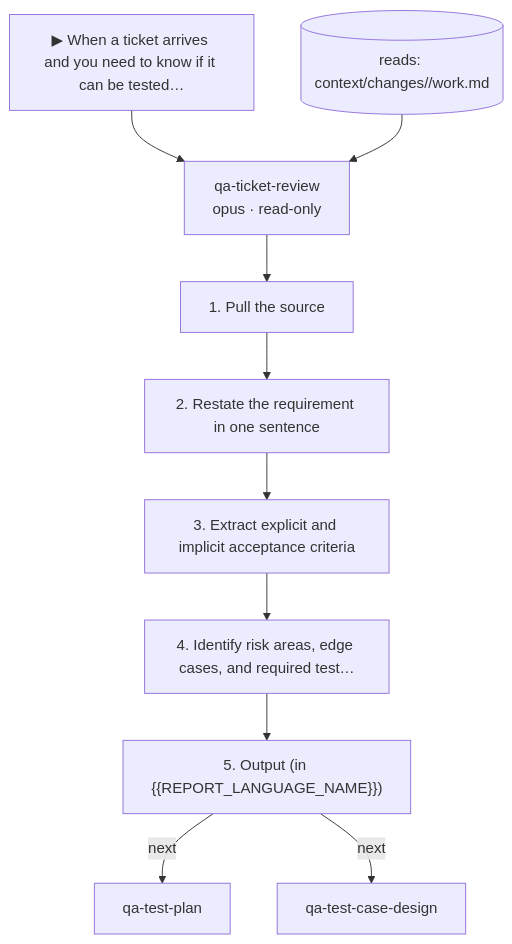
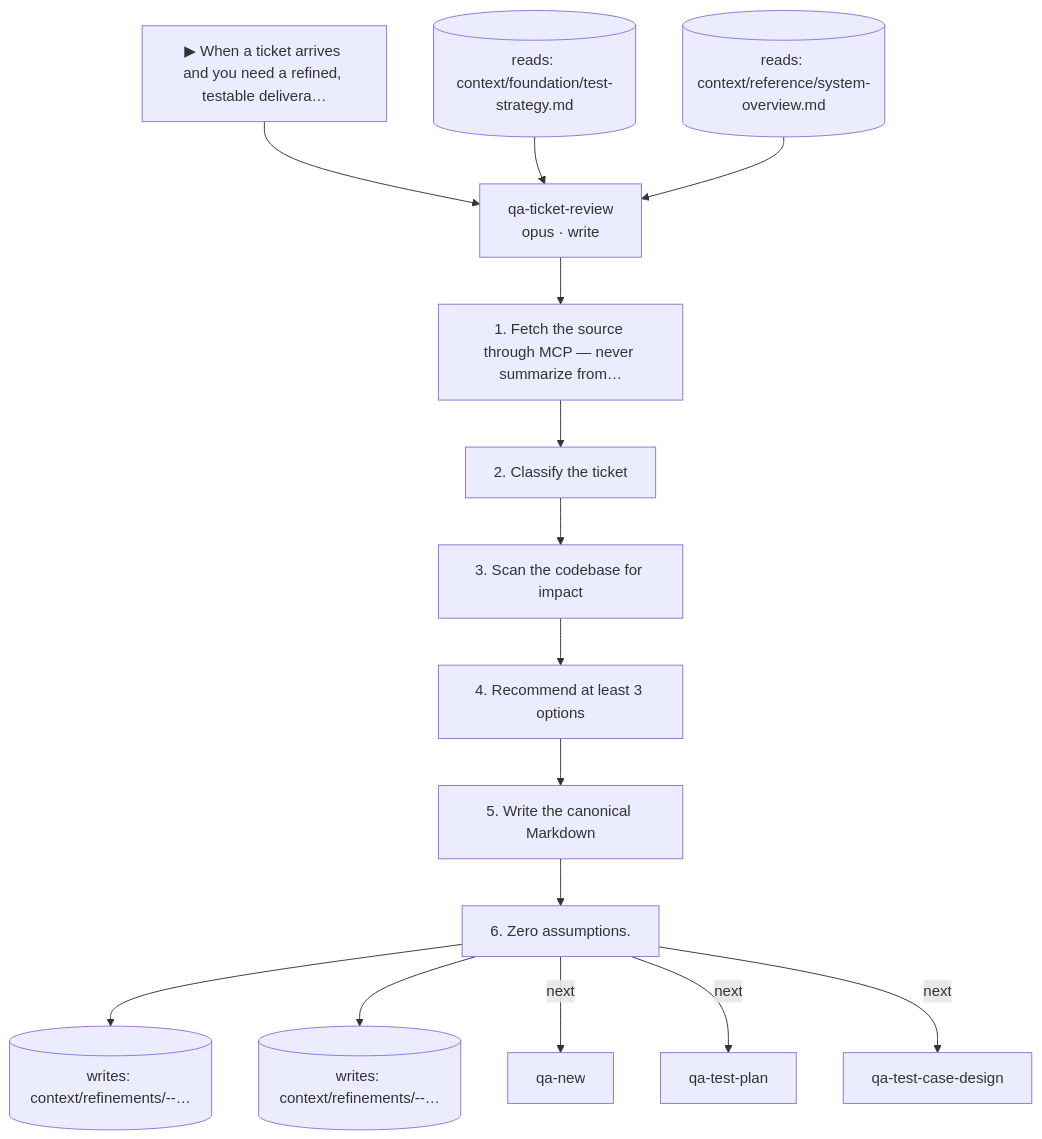
One commit to Assamir/ai-process-orchestration changed diagram 11 of 25 in docs/skill-catalog.md. Above: the diagram before and after it, drawn with Mermaid. The commit also changed other lines of this file and 20 other files, not shown here.

````diff
--- a/docs/skill-catalog.md
+++ b/docs/skill-catalog.md
@@ -368,20 +369,29 @@
 ```mermaid
 flowchart TD
-  trig["▶ When a ticket arrives and you need to know if it can be tested…"]
-  qa_ticket_review["qa-ticket-review<br/>opus · read-only"]
+  trig["▶ When a ticket arrives and you need a refined, testable delivera…"]
+  qa_ticket_review["qa-ticket-review<br/>opus · write"]
   trig --> qa_ticket_review
-  r0[("reads: context/changes/<work-id>/work.md")]
+  r0[("reads: context/foundation/test-strategy.md")]
   r0 --> qa_ticket_review
-  s0["1. Pull the source"]
+  r1[("reads: context/reference/system-overview.md")]
+  r1 --> qa_ticket_review
+  s0["1. Fetch the source through MCP — never summarize from…"]
   qa_ticket_review --> s0
-  s1["2. Restate the requirement in one sentence"]
+  s1["2. Classify the ticket"]
   s0 --> s1
-  s2["3. Extract explicit and implicit acceptance criteria"]
+  s2["3. Scan the codebase for impact"]
   s1 --> s2
-  s3["4. Identify risk areas, edge cases, and required test…"]
+  s3["4. Recommend at least 3 options"]
   s2 --> s3
-  s4["5. Output (in {{REPORT_LANGUAGE_NAME}})"]
+  s4["5. Write the canonical Markdown"]
   s3 --> s4
-  s4 -->|next| qa_test_plan["qa-test-plan"]
-  s4 -->|next| qa_test_case_design["qa-test-case-design"]
+  s5["6. Zero assumptions."]
+  s4 --> s5
+  w0[("writes: context/refinements/<YYYY-MM-DD>-<KEY>-…")]
+  s5 --> w0
+  w1[("writes: context/refinements/<YYYY-MM-DD>-<KEY>-…")]
+  s5 --> w1
+  s5 -->|next| qa_new["qa-new"]
+  s5 -->|next| qa_test_plan["qa-test-plan"]
+  s5 -->|next| qa_test_case_design["qa-test-case-design"]
 ```
````
